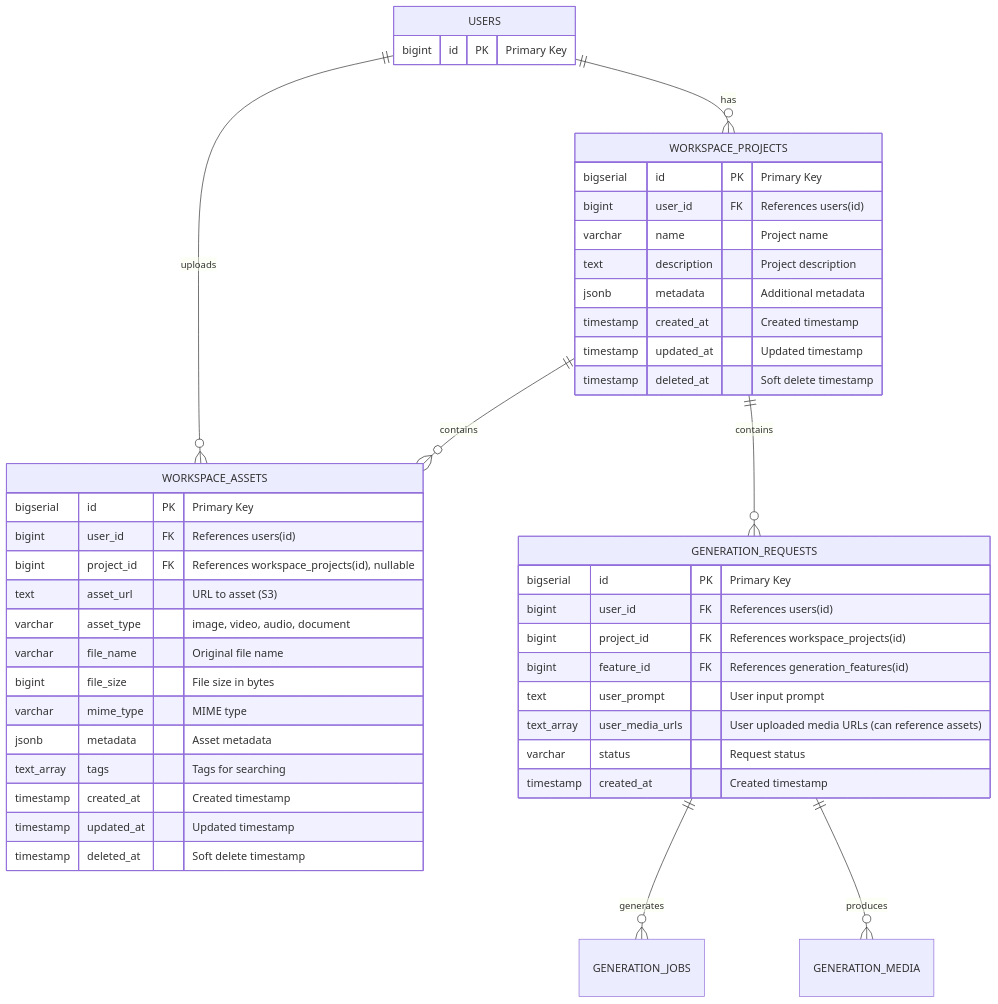
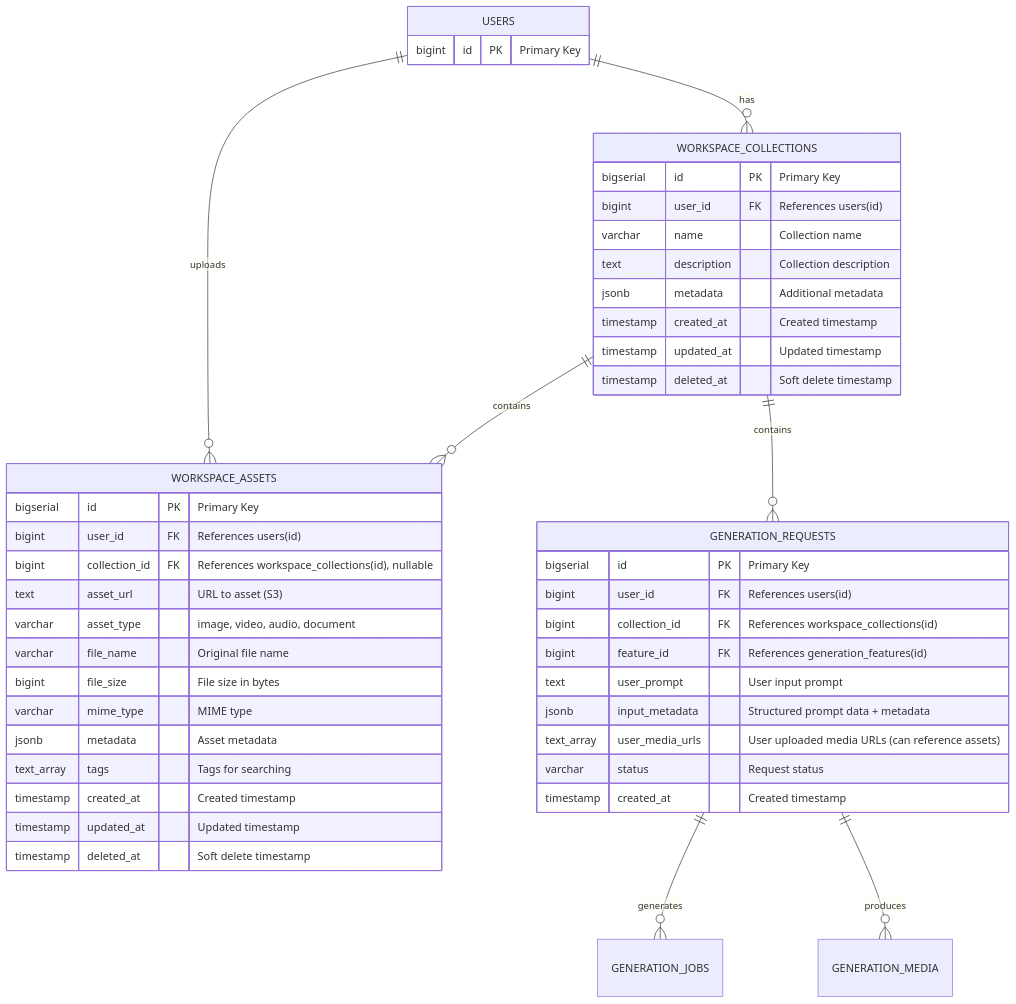
The diagram in docs/002-design/database/3-workspace-schema.md (LeeTun2k2/nexus-pulse-ai-docs), drawn with Mermaid before and after one commit. The commit also changed other lines of this file and 6 other files, not shown here.

First line of the commit message:
docs(core): update system specs and schemas for MVP robustness

````diff
--- a/docs/002-design/database/3-workspace-schema.md
+++ b/docs/002-design/database/3-workspace-schema.md
@@ -99,51 +110,52 @@
 ```mermaid
 erDiagram
-    USERS ||--o{ WORKSPACE_PROJECTS : "has"
+    USERS ||--o{ WORKSPACE_COLLECTIONS : "has"
     USERS ||--o{ WORKSPACE_ASSETS : "uploads"
-    WORKSPACE_PROJECTS ||--o{ WORKSPACE_ASSETS : "contains"
-    WORKSPACE_PROJECTS ||--o{ GENERATION_REQUESTS : "contains"
+    WORKSPACE_COLLECTIONS ||--o{ WORKSPACE_ASSETS : "contains"
+    WORKSPACE_COLLECTIONS ||--o{ GENERATION_REQUESTS : "contains"
     GENERATION_REQUESTS ||--o{ GENERATION_JOBS : "generates"
     GENERATION_REQUESTS ||--o{ GENERATION_MEDIA : "produces"
-    
+
     USERS {
         bigint id PK "Primary Key"
     }
-    
-    WORKSPACE_PROJECTS {
+
+    WORKSPACE_COLLECTIONS {
         bigserial id PK "Primary Key"
         bigint user_id FK "References users(id)"
-        varchar name "Project name"
-        text description "Project description"
+        varchar name "Collection name"
+        text description "Collection description"
         jsonb metadata "Additional metadata"
         timestamp created_at "Created timestamp"
         timestamp updated_at "Updated timestamp"
         timestamp deleted_at "Soft delete timestamp"
     }
-    
+
     WORKSPACE_ASSETS {
         bigserial id PK "Primary Key"
         bigint user_id FK "References users(id)"
-        bigint project_id FK "References workspace_projects(id), nullable"
+        bigint collection_id FK "References workspace_collections(id), nullable"
         text asset_url "URL to asset (S3)"
         varchar asset_type "image, video, audio, document"
         varchar file_name "Original file name"
         bigint file_size "File size in bytes"
         varchar mime_type "MIME type"
         jsonb metadata "Asset metadata"
         text_array tags "Tags for searching"
         timestamp created_at "Created timestamp"
         timestamp updated_at "Updated timestamp"
         timestamp deleted_at "Soft delete timestamp"
     }
-    
+
     GENERATION_REQUESTS {
         bigserial id PK "Primary Key"
         bigint user_id FK "References users(id)"
-        bigint project_id FK "References workspace_projects(id)"
+        bigint collection_id FK "References workspace_collections(id)"
         bigint feature_id FK "References generation_features(id)"
         text user_prompt "User input prompt"
+        jsonb input_metadata "Structured prompt data + metadata"
         text_array user_media_urls "User uploaded media URLs (can reference assets)"
         varchar status "Request status"
         timestamp created_at "Created timestamp"
     }
 ```
````
